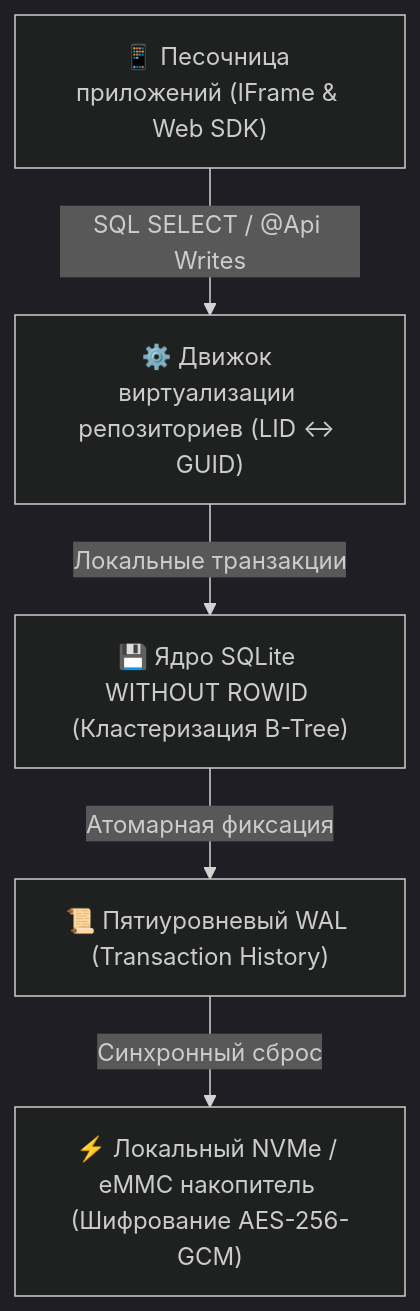
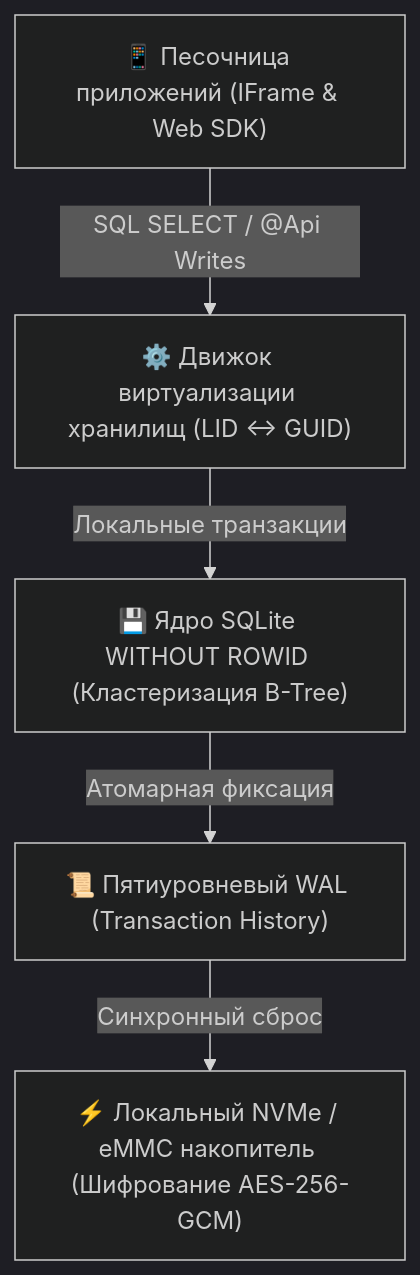
One commit to Data-Independence-Network/presentations changed the first of 11 diagrams in architecture_presentations/02_leaf_storage_engine/docs/presentation_deck.md. Above: the diagram before and after it, drawn with Mermaid (dark theme). The commit also changed other lines of this file and 28 other files, not shown here.

```diff
--- a/architecture_presentations/02_leaf_storage_engine/docs/presentation_deck.md
+++ b/architecture_presentations/02_leaf_storage_engine/docs/presentation_deck.md
@@ -25,13 +25,13 @@
         <div class="mermaid">
 graph TD
     App["📱 Песочница приложений (IFrame & Web SDK)"]
-    Virt["⚙️ Движок виртуализации репозиториев (LID &harr; GUID)"]
+    Virt["⚙️ Движок виртуализации хранилищ (LID &harr; GUID)"]
     RDBMS["💾 Ядро SQLite WITHOUT ROWID (Кластеризация B-Tree)"]
     WAL["📜 Пятиуровневый WAL (Transaction History)"]
     Disk["⚡ Локальный NVMe / eMMC накопитель (Шифрование AES-256-GCM)"]
 
     App -->|SQL SELECT / @Api Writes| Virt
     Virt -->|Локальные транзакции| RDBMS
     RDBMS -->|Атомарная фиксация| WAL
     WAL -->|Синхронный сброс| Disk
         </div>
```
